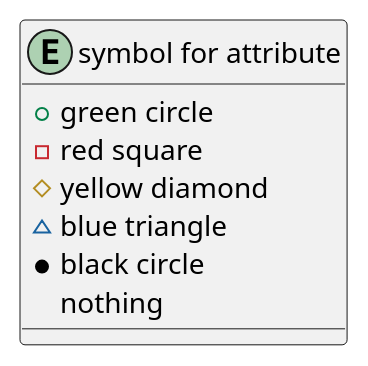
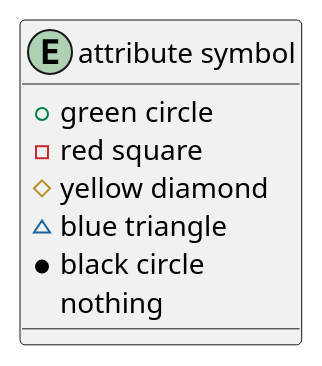
One commit to crsml/plantuml changed the fifth of 16 diagrams in er-diagram-cheat-sheet.md. Above: the diagram before and after it, drawn with PlantUML. The commit also changed other lines of this file, not shown here.

````diff
--- a/er-diagram-cheat-sheet.md
+++ b/er-diagram-cheat-sheet.md
@@ -79,12 +101,12 @@
 ```uml
 @startuml
-    entity "symbol for attribute" {
+    entity "attribute symbol" {
         + green circle
         - red square
         # yellow diamond
         ~ blue triangle
         * black circle
         nothing
     }
 @enduml
 ```
````
